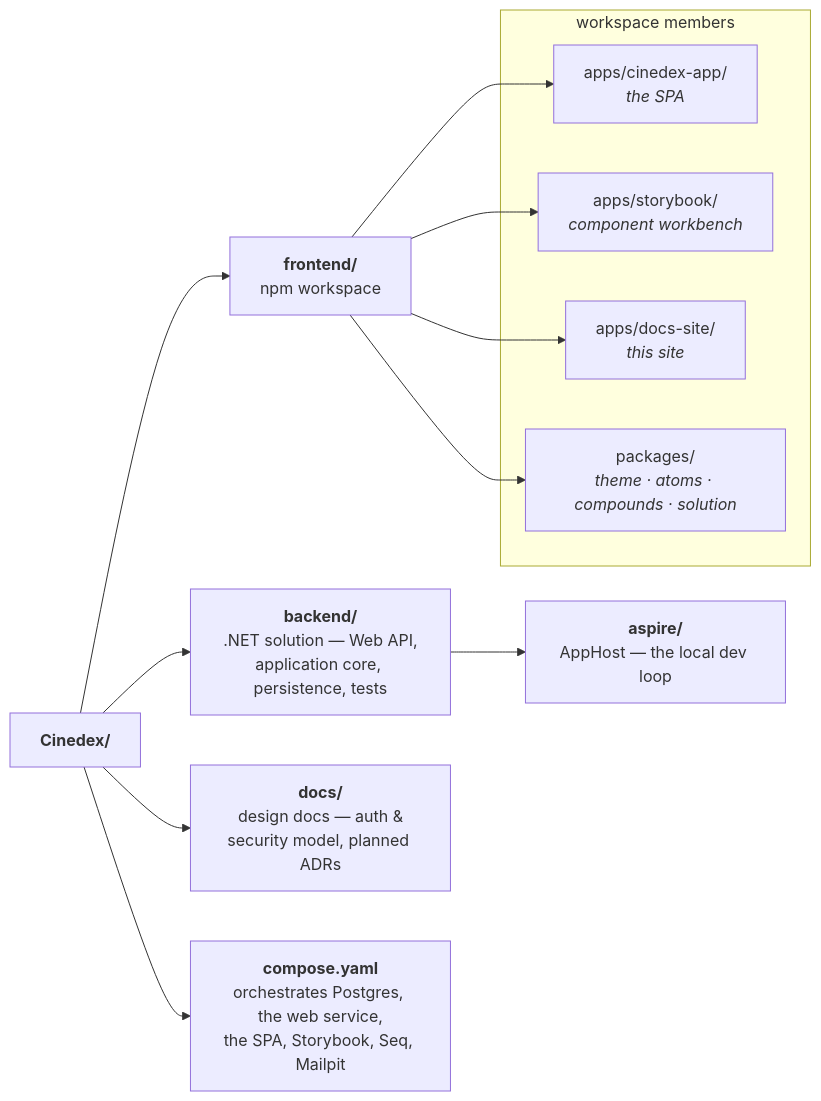
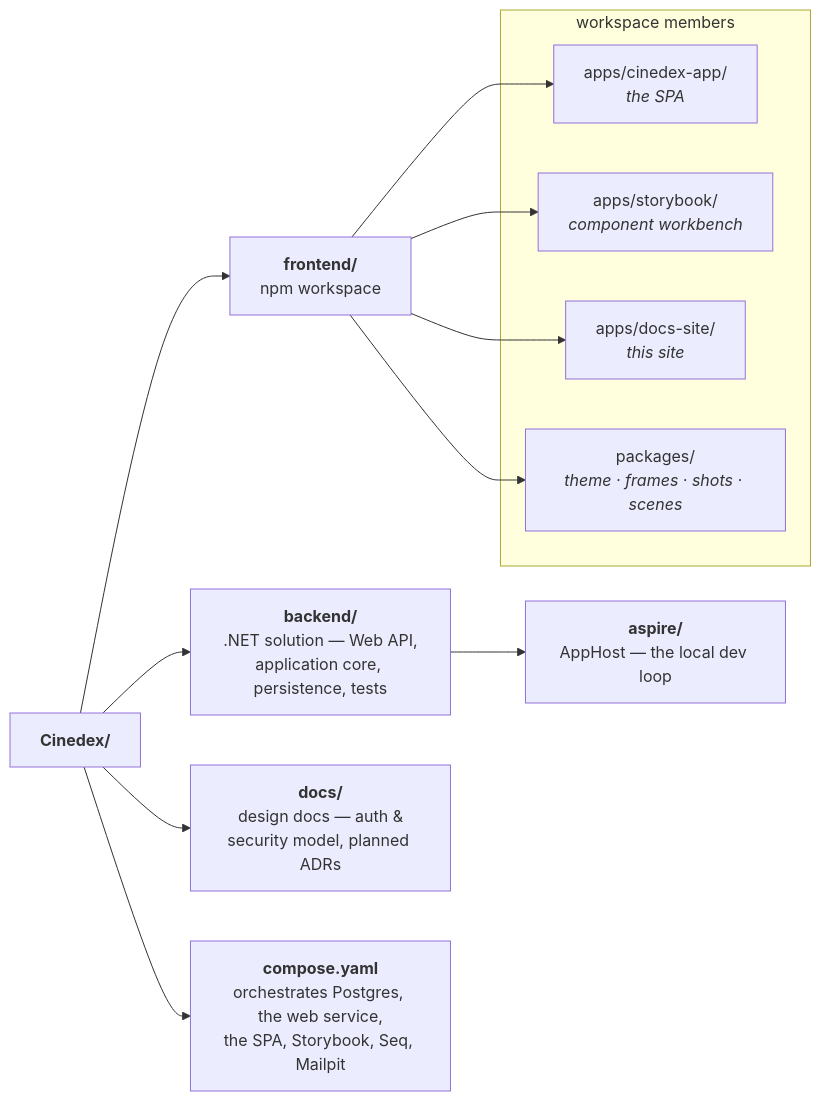
Before and after one commit to felipedferreira/Cinedex: the diagram in frontend/apps/docs-site/docs/features/overview.md, drawn with Mermaid. The commit also changed 227 other files, not shown here.

Commit message:
refactor(frontend): rename component tiers to frames, shots and scenes (#86)

````diff
--- a/frontend/apps/docs-site/docs/features/overview.md
+++ b/frontend/apps/docs-site/docs/features/overview.md
@@ -19,23 +19,23 @@
 ```mermaid
 flowchart LR
     ROOT["<b>Cinedex/</b>"]
 
     ROOT --> BE["<b>backend/</b><br/>.NET solution — Web API,<br/>application core, persistence, tests"]
     ROOT --> FE["<b>frontend/</b><br/>npm workspace"]
     ROOT --> DOCS["<b>docs/</b><br/>design docs — auth &amp;<br/>security model, planned ADRs"]
     ROOT --> COMPOSE["<b>compose.yaml</b><br/>orchestrates Postgres, the web service,<br/>the SPA, Storybook, Seq, Mailpit"]
 
     BE --> ASP["<b>aspire/</b><br/>AppHost — the local dev loop"]
 
     subgraph workspace ["workspace members"]
         APP["apps/cinedex-app/<br/><i>the SPA</i>"]
         SB["apps/storybook/<br/><i>component workbench</i>"]
         DS["apps/docs-site/<br/><i>this site</i>"]
-        COMP["packages/<br/><i>theme · atoms · compounds · solution</i>"]
+        COMP["packages/<br/><i>theme · frames · shots · scenes</i>"]
     end
 
     FE --> APP
     FE --> SB
     FE --> DS
     FE --> COMP
 ```
````
